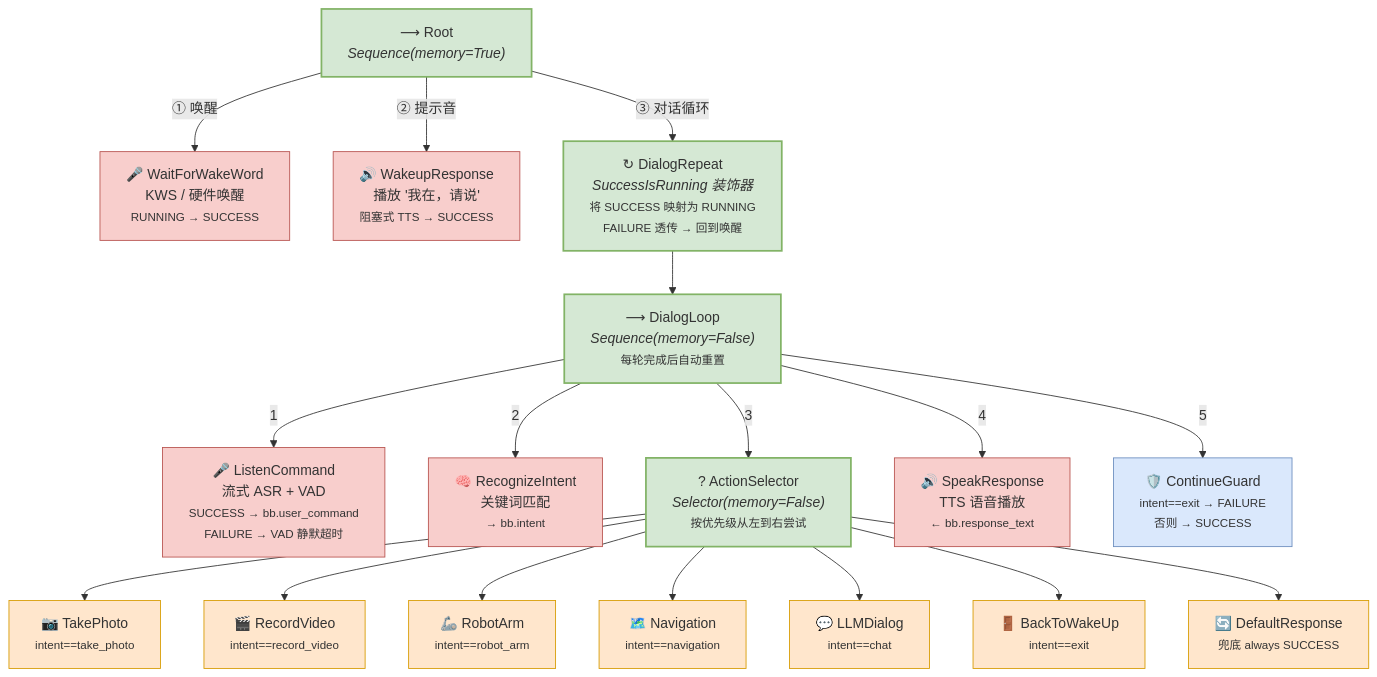
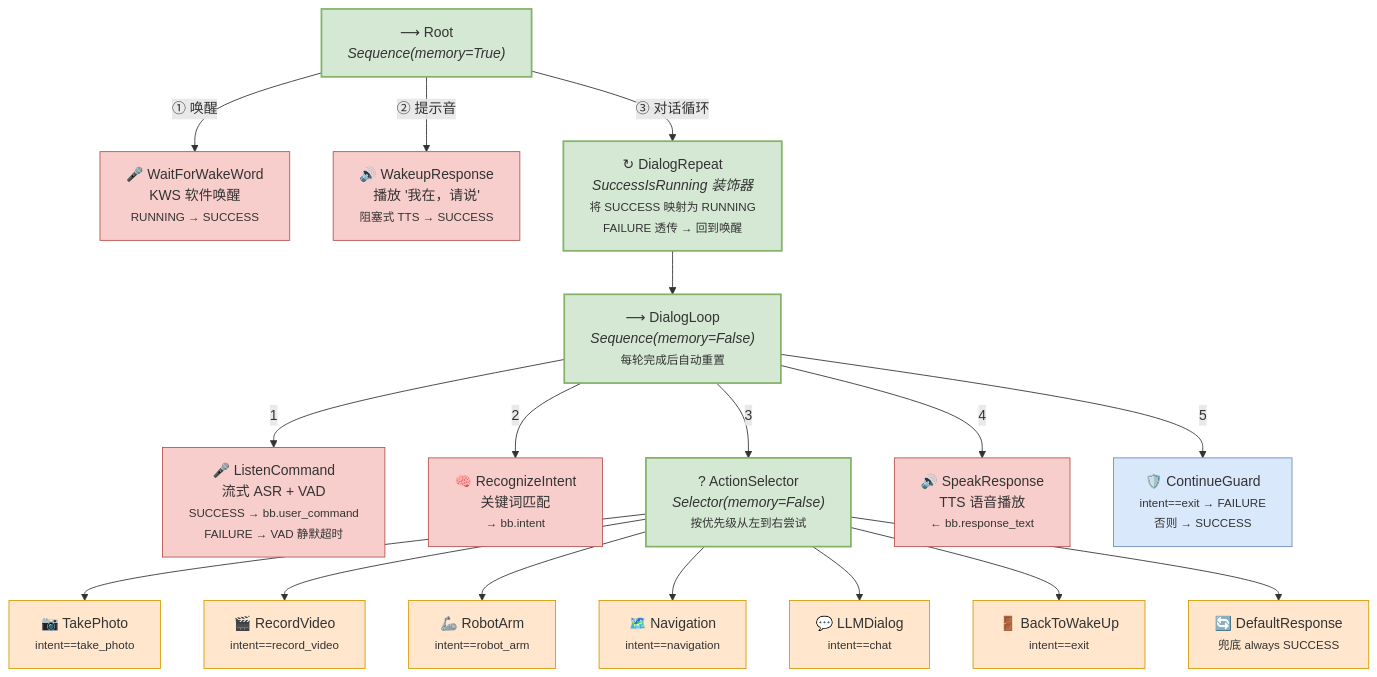
Before and after one commit to QiuYuCode/smart-voice-robot: the second of 7 diagrams in README.md, drawn with Mermaid. The commit also changed other lines of this file and 10 other files, not shown here.

````diff
--- a/README.md
+++ b/README.md
@@ -95,56 +94,56 @@
 ```mermaid
 graph TD
     Root["⟶ Root<br/><i>Sequence(memory=True)</i>"]
-    WakeWord["🎤 WaitForWakeWord<br/>KWS / 硬件唤醒<br/><small>RUNNING → SUCCESS</small>"]
+    WakeWord["🎤 WaitForWakeWord<br/>KWS 软件唤醒<br/><small>RUNNING → SUCCESS</small>"]
     WakeupSound["🔊 WakeupResponse<br/>播放 '我在，请说'<br/><small>阻塞式 TTS → SUCCESS</small>"]
     DialogRepeat["↻ DialogRepeat<br/><i>SuccessIsRunning 装饰器</i><br/><small>将 SUCCESS 映射为 RUNNING<br/>FAILURE 透传 → 回到唤醒</small>"]
     DialogLoop["⟶ DialogLoop<br/><i>Sequence(memory=False)</i><br/><small>每轮完成后自动重置</small>"]
     Listen["🎤 ListenCommand<br/>流式 ASR + VAD<br/><small>SUCCESS → bb.user_command<br/>FAILURE → VAD 静默超时</small>"]
     Intent["🧠 RecognizeIntent<br/>关键词匹配<br/><small>→ bb.intent</small>"]
     ActionSel["? ActionSelector<br/><i>Selector(memory=False)</i><br/><small>按优先级从左到右尝试</small>"]
     Speak["🔊 SpeakResponse<br/>TTS 语音播放<br/><small>← bb.response_text</small>"]
     Guard["🛡️ ContinueGuard<br/><small>intent==exit → FAILURE<br/>否则 → SUCCESS</small>"]
 
     Photo["📷 TakePhoto<br/><small>intent==take_photo</small>"]
     Video["🎬 RecordVideo<br/><small>intent==record_video</small>"]
     Arm["🦾 RobotArm<br/><small>intent==robot_arm</small>"]
     Nav["🗺️ Navigation<br/><small>intent==navigation</small>"]
     LLM["💬 LLMDialog<br/><small>intent==chat</small>"]
     Exit["🚪 BackToWakeUp<br/><small>intent==exit</small>"]
     Default["🔄 DefaultResponse<br/><small>兜底 always SUCCESS</small>"]
 
     Root -->|"① 唤醒"| WakeWord
     Root -->|"② 提示音"| WakeupSound
     Root -->|"③ 对话循环"| DialogRepeat
     DialogRepeat --> DialogLoop
     DialogLoop -->|"1"| Listen
     DialogLoop -->|"2"| Intent
     DialogLoop -->|"3"| ActionSel
     DialogLoop -->|"4"| Speak
     DialogLoop -->|"5"| Guard
     ActionSel --> Photo
     ActionSel --> Video
     ActionSel --> Arm
     ActionSel --> Nav
     ActionSel --> LLM
     ActionSel --> Exit
     ActionSel --> Default
 
     style Root fill:#d5e8d4,stroke:#82b366,stroke-width:2px
     style DialogRepeat fill:#d5e8d4,stroke:#82b366,stroke-width:2px
     style DialogLoop fill:#d5e8d4,stroke:#82b366,stroke-width:2px
     style ActionSel fill:#d5e8d4,stroke:#82b366,stroke-width:2px
     style WakeWord fill:#f8cecc,stroke:#b85450
     style WakeupSound fill:#f8cecc,stroke:#b85450
     style Listen fill:#f8cecc,stroke:#b85450
     style Intent fill:#f8cecc,stroke:#b85450
     style Speak fill:#f8cecc,stroke:#b85450
     style Guard fill:#dae8fc,stroke:#6c8ebf
     style Photo fill:#ffe6cc,stroke:#d79b00
     style Video fill:#ffe6cc,stroke:#d79b00
     style Arm fill:#ffe6cc,stroke:#d79b00
     style Nav fill:#ffe6cc,stroke:#d79b00
     style LLM fill:#ffe6cc,stroke:#d79b00
     style Exit fill:#ffe6cc,stroke:#d79b00
     style Default fill:#ffe6cc,stroke:#d79b00
 ```
````
